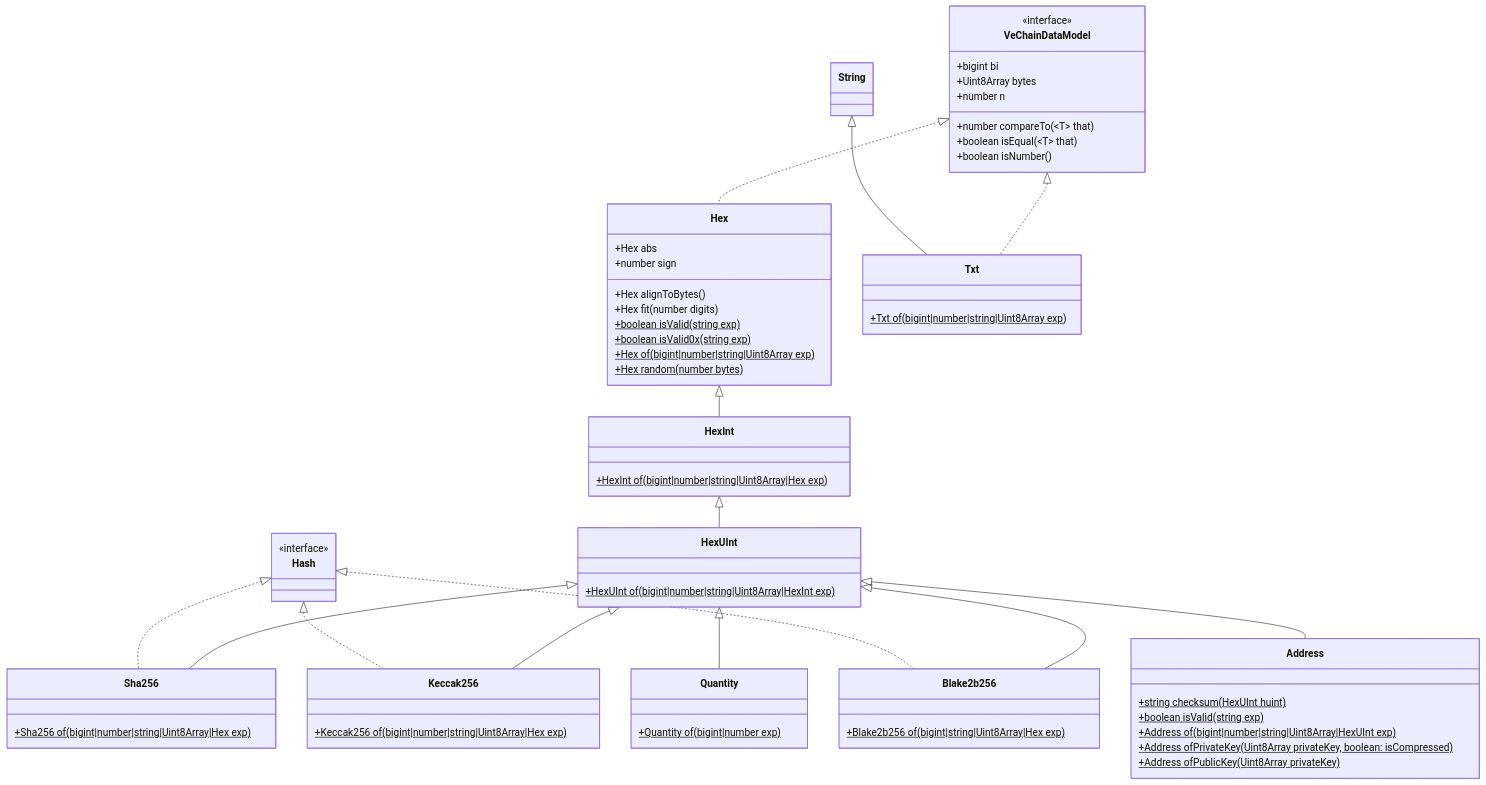
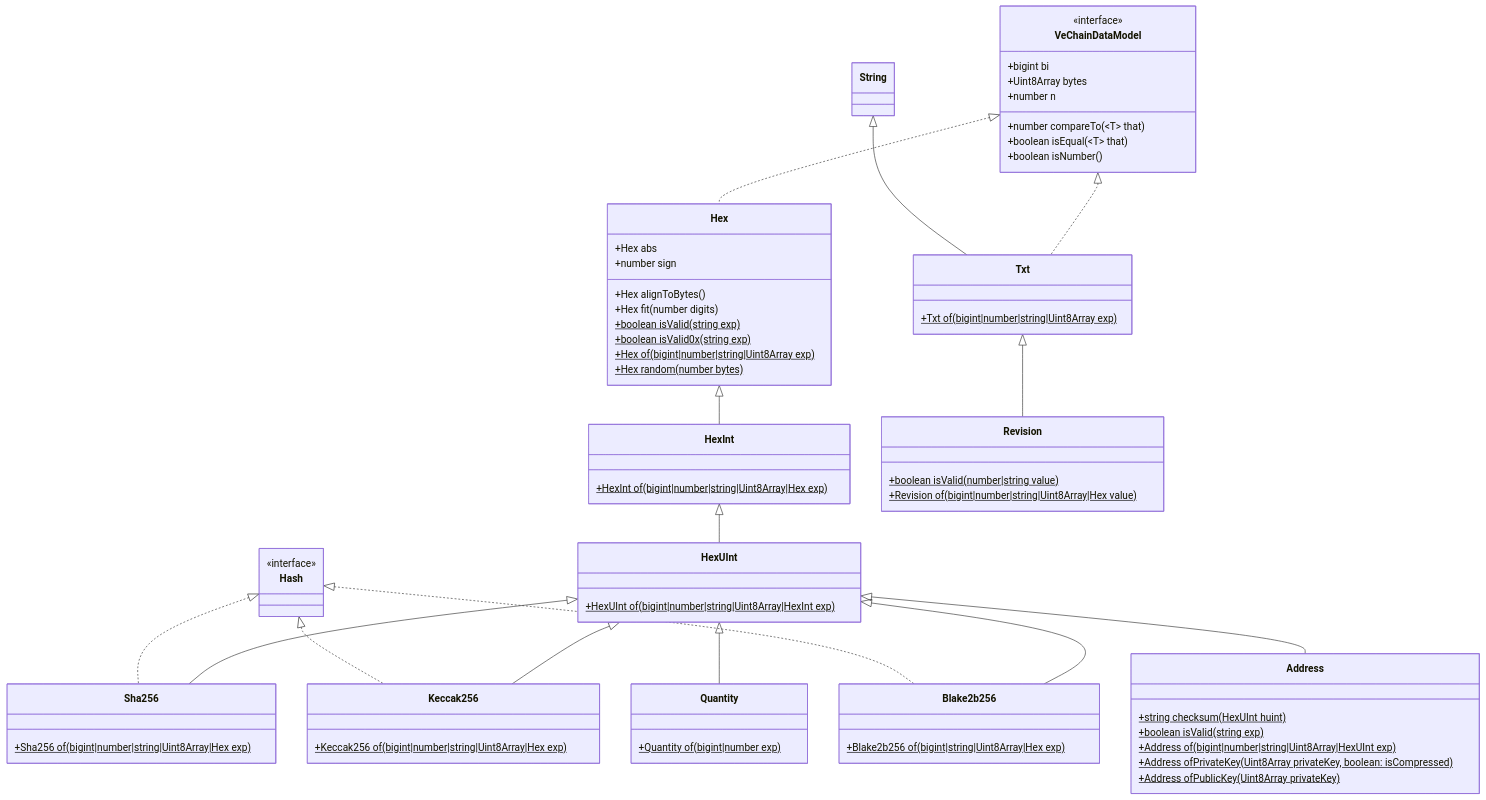
One commit to vechain/vechain-sdk-js changed the diagram in docs/diagrams/architecture/vcdm.md. Above: the diagram before and after it, drawn with Mermaid. The commit also changed 15 other files, not shown here.

````diff
--- a/docs/diagrams/architecture/vcdm.md
+++ b/docs/diagrams/architecture/vcdm.md
@@ -1,67 +1,72 @@
 ```mermaid
 classDiagram
     class Address {
         +string checksum(HexUInt huint)$
         +boolean isValid(string exp)$
         +Address of(bigint|number|string|Uint8Array|HexUInt exp)$
         +Address ofPrivateKey(Uint8Array privateKey, boolean: isCompressed)$
         +Address ofPublicKey(Uint8Array privateKey)$
     }
     class Blake2b256 {
         +Blake2b256 of(bigint|string|Uint8Array|Hex exp)$
     }
     class Hash {
         <<interface>>
     }
     class Hex {
         +Hex abs
         +number sign
         +Hex alignToBytes()
         +Hex fit(number digits)
         +boolean isValid(string exp)$
         +boolean isValid0x(string exp)$
         +Hex of(bigint|number|string|Uint8Array exp)$
         +Hex random(number bytes)$
     }
     class HexInt {
         +HexInt of(bigint|number|string|Uint8Array|Hex exp)$
     }
     class HexUInt {
         +HexUInt of(bigint|number|string|Uint8Array|HexInt exp)$
     }
     class Keccak256 {
         +Keccak256 of(bigint|number|string|Uint8Array|Hex exp)$
     }
     class Quantity {
         +Quantity of(bigint|number exp)$
     }
+    class Revision {
+        +boolean isValid(number|string value)$
+        +Revision of(bigint|number|string|Uint8Array|Hex value)$
+    }
     class Sha256 {
         +Sha256 of(bigint|number|string|Uint8Array|Hex exp)$
     }
     class String
     class Txt {
         +Txt of(bigint|number|string|Uint8Array exp)$
     }
     class VeChainDataModel{
         <<interface>>
       +bigint bi
       +Uint8Array bytes
       +number n
       +number compareTo(~T~ that)
       +boolean isEqual(~T~ that)
       +boolean isNumber()
     }
     Hash <|.. Blake2b256
     Hash <|.. Keccak256
     Hash <|.. Sha256
     Hex <|-- HexInt
     HexInt <|-- HexUInt
     HexUInt <|-- Address
     HexUInt <|-- Blake2b256
     HexUInt <|-- Keccak256
     HexUInt <|-- Quantity
     HexUInt <|-- Sha256
     String <|-- Txt
+    Txt <|-- Revision
     VeChainDataModel <|.. Hex
     VeChainDataModel <|.. Txt
 ```
````
